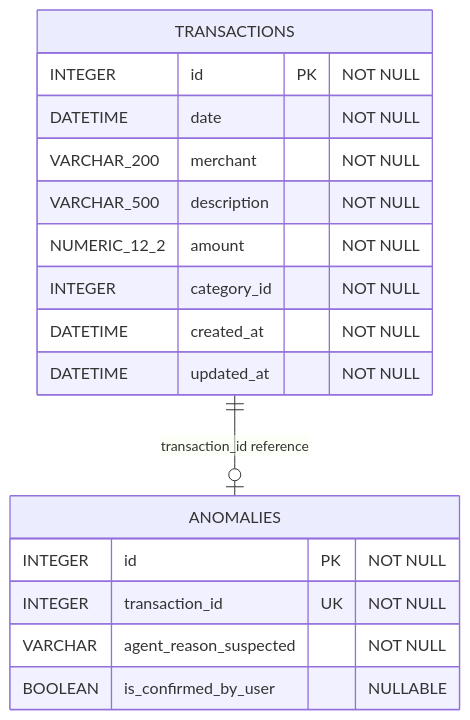
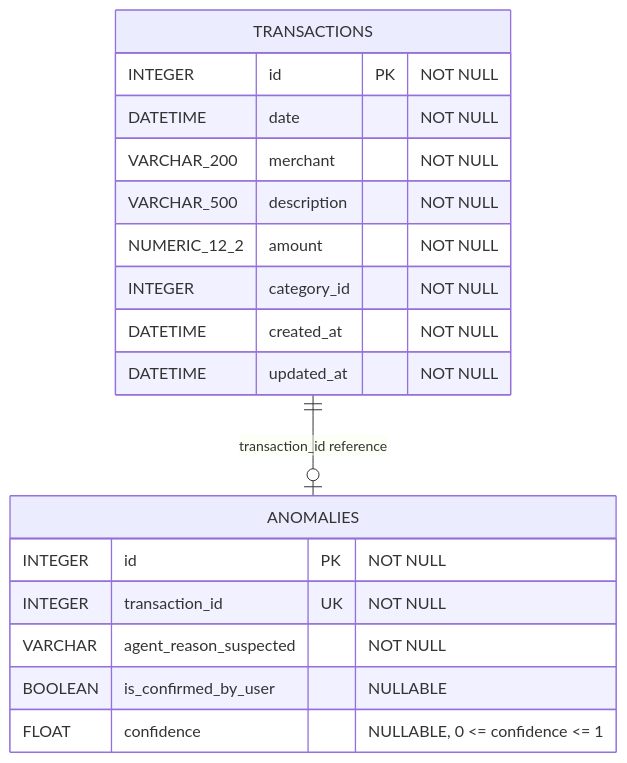
One commit to David-S-22/ASD-Spring-2026 changed the third of 3 diagrams in aiden/database/README.md. Above: the diagram before and after it, drawn with Mermaid. The commit also changed other lines of this file and 5 other files, not shown here.

````diff
--- a/aiden/database/README.md
+++ b/aiden/database/README.md
@@ -108,22 +113,23 @@
 ```mermaid
 erDiagram
     TRANSACTIONS ||--o| ANOMALIES : "transaction_id reference"
 
     TRANSACTIONS {
         INTEGER id PK "NOT NULL"
         DATETIME date "NOT NULL"
         VARCHAR_200 merchant "NOT NULL"
         VARCHAR_500 description "NOT NULL"
         NUMERIC_12_2 amount "NOT NULL"
         INTEGER category_id "NOT NULL"
         DATETIME created_at "NOT NULL"
         DATETIME updated_at "NOT NULL"
     }
 
     ANOMALIES {
         INTEGER id PK "NOT NULL"
         INTEGER transaction_id UK "NOT NULL"
         VARCHAR agent_reason_suspected "NOT NULL"
         BOOLEAN is_confirmed_by_user "NULLABLE"
+        FLOAT confidence "NULLABLE, 0 <= confidence <= 1"
     }
 ```
````
